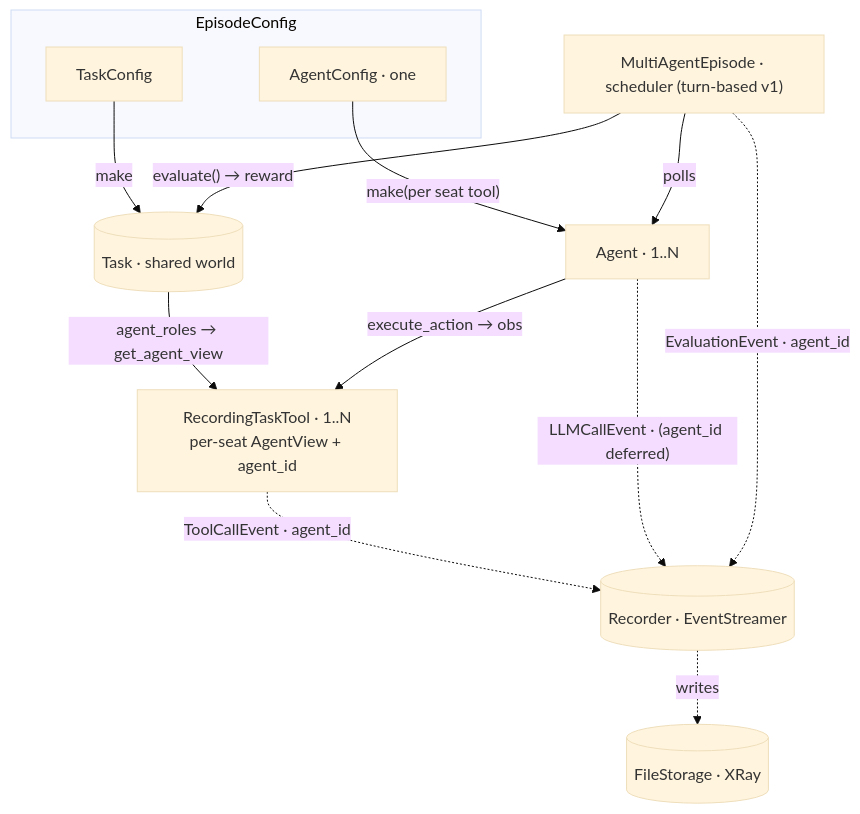
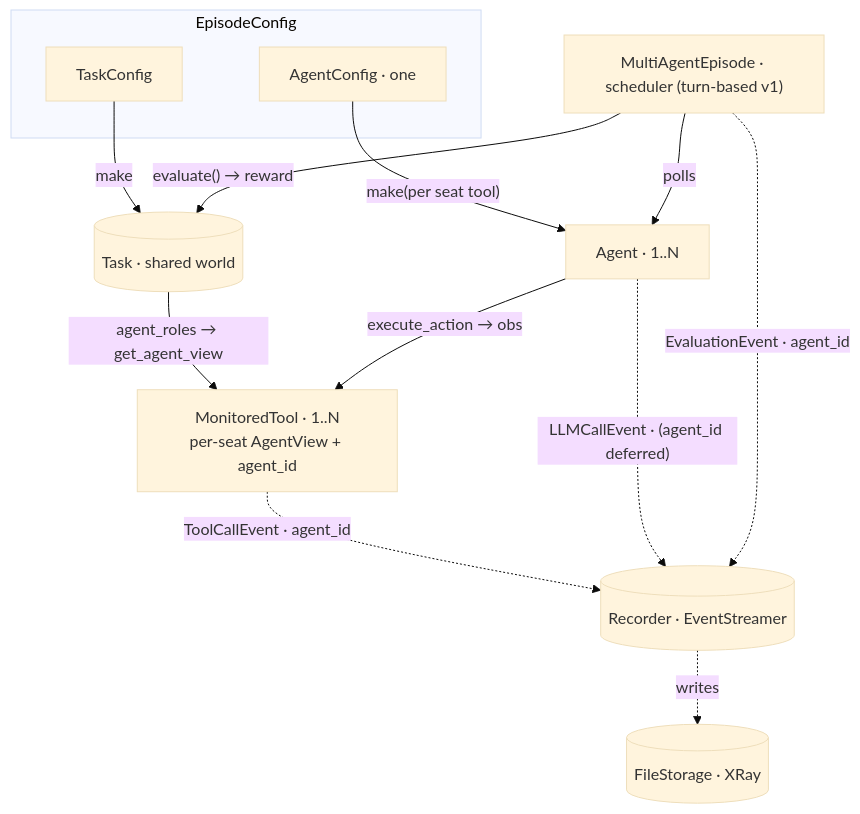
The diagram in openspec/changes/multi-agent-episode/proposal.md (Surya-5555/cube-harness), drawn with Mermaid (base theme) before and after one commit. The commit also changed other lines of this file and 12 other files, not shown here.

First line of the commit message:
refactor: rename RecordingTaskTool -> MonitoredTool; drop historical notes

````diff
--- a/openspec/changes/multi-agent-episode/proposal.md
+++ b/openspec/changes/multi-agent-episode/proposal.md
@@ -75,18 +75,18 @@
 ```mermaid
 flowchart TB
   subgraph CFG["EpisodeConfig"]
     AC["AgentConfig · one"]
     TC["TaskConfig"]
   end
   AR["MultiAgentEpisode · scheduler (turn-based v1)"]
   TC -->|make| TASK[("Task · shared world")]
-  TASK -->|"agent_roles → get_agent_view"| TTS["RecordingTaskTool · 1..N<br/>per-seat AgentView + agent_id"]
+  TASK -->|"agent_roles → get_agent_view"| TTS["MonitoredTool · 1..N<br/>per-seat AgentView + agent_id"]
   AC -->|"make(per seat tool)"| AGS["Agent · 1..N"]
   AR -->|polls| AGS
   AGS -->|execute_action → obs| TTS
   AR -->|"evaluate() → reward"| TASK
   TTS -. "ToolCallEvent · agent_id" .-> ST[("Recorder · EventStreamer")]
   AGS -. "LLMCallEvent · (agent_id deferred)" .-> ST
   AR -. "EvaluationEvent · agent_id" .-> ST
   ST -. writes .-> SINK[("FileStorage · XRay")]
 ```
````
